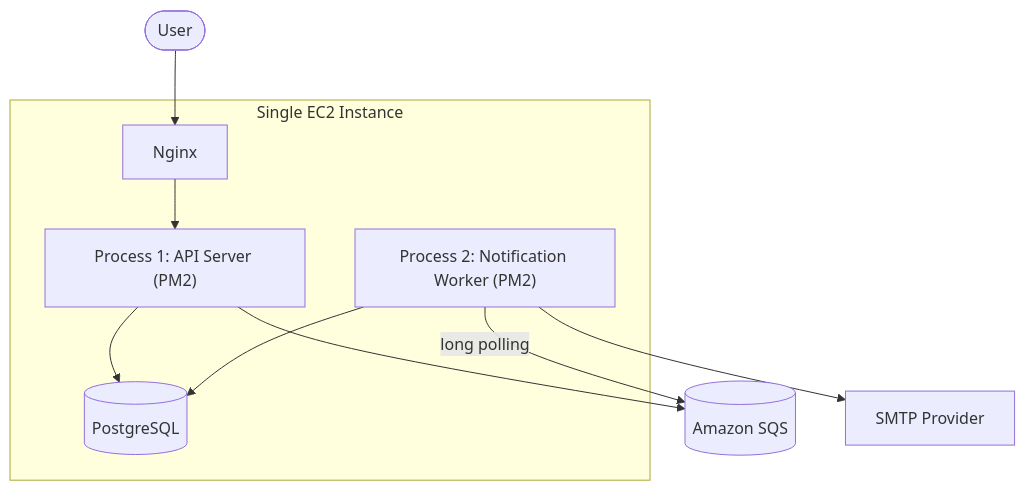
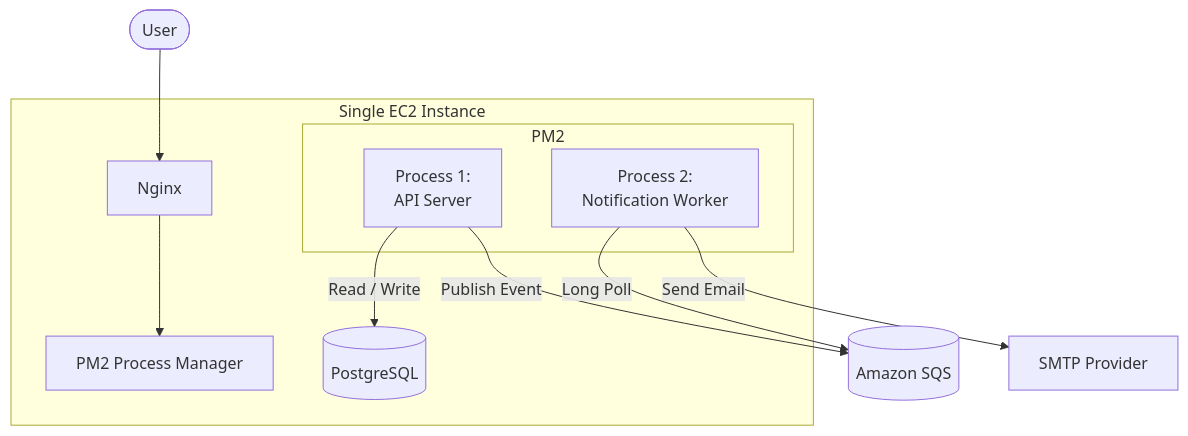
One commit to AmbyHasan/HMS changed the first of 8 diagrams in docs/04-Scaling-Design.md. Above: the diagram before and after it, drawn with Mermaid.

Commit message:
Fix scaling design doc

````diff
--- a/docs/04-Scaling-Design.md
+++ b/docs/04-Scaling-Design.md
@@ -11,18 +7,22 @@
 ```mermaid
 flowchart TB
     User([User]) --> Nginx[Nginx]
-    Nginx --> API["Process 1: API Server (PM2)"]
 
     subgraph EC2["Single EC2 Instance"]
-        Nginx
-        API
-        Worker["Process 2: Notification Worker (PM2)"]
+
+        Nginx --> PM2["PM2 Process Manager"]
+
+        subgraph PM2Processes["PM2"]
+            API["Process 1:<br/>API Server"]
+            Worker["Process 2:<br/>Notification Worker"]
+        end
+
         PG[(PostgreSQL)]
-        API --> PG
-        Worker --> PG
+
+        API -->|Read / Write| PG
     end
 
-    API --> SQS[(Amazon SQS)]
-    Worker -- long polling --> SQS
-    Worker --> SMTP[SMTP Provider]
+    API -->|Publish Event| SQS[(Amazon SQS)]
+    Worker -->|Long Poll| SQS
+    Worker -->|Send Email| SMTP[SMTP Provider]
 ```
````
